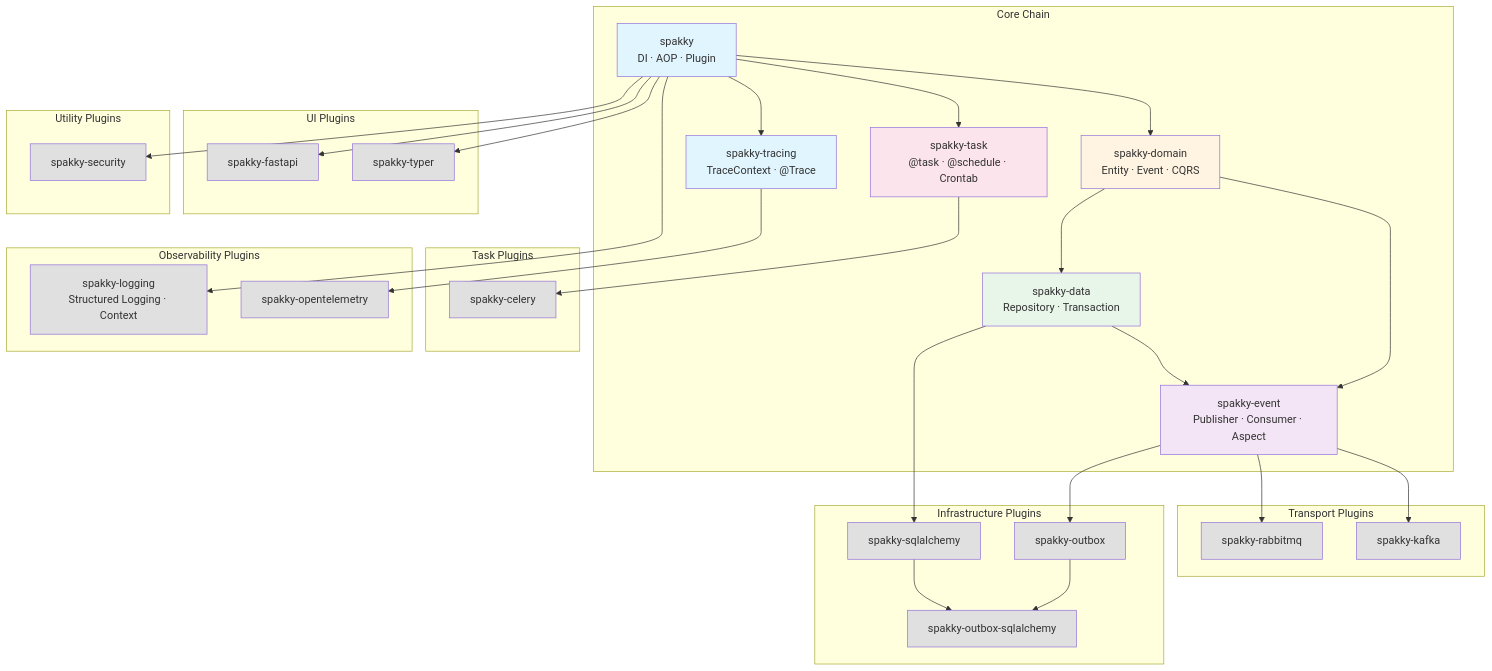
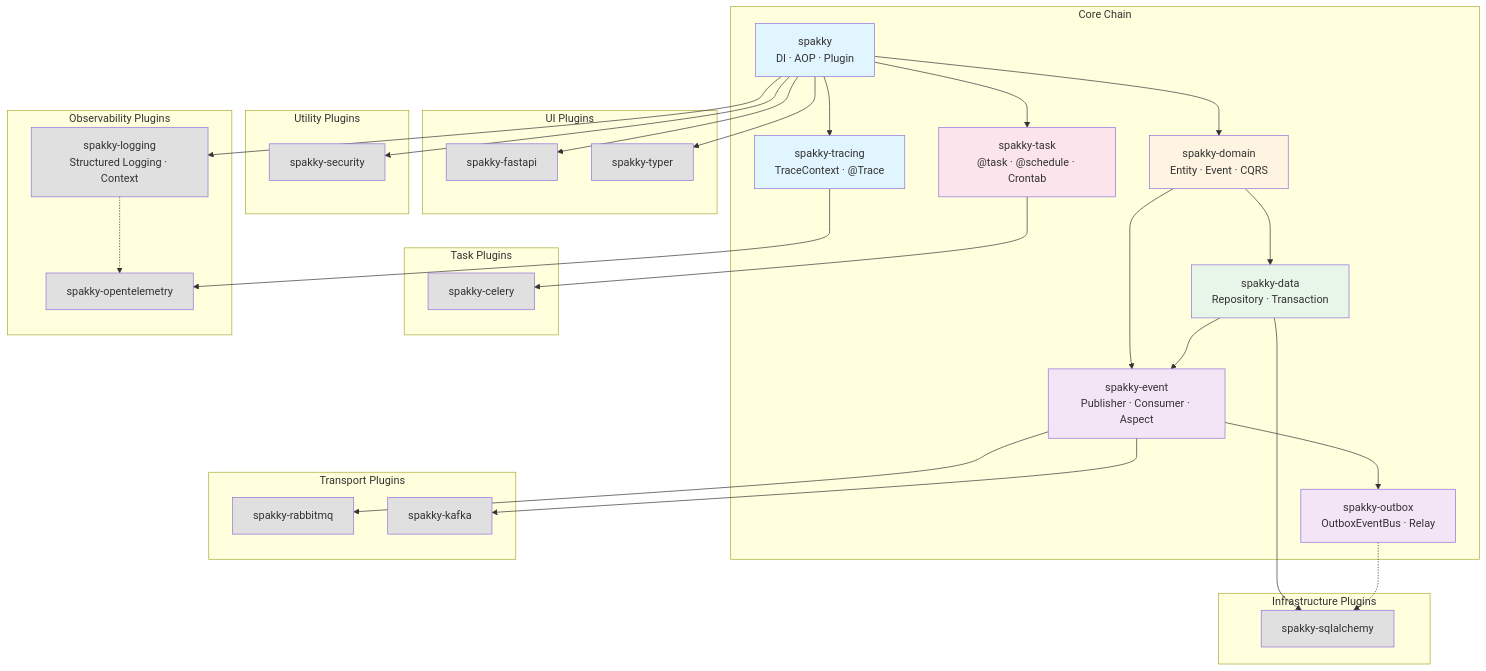
One commit to E5presso/spakky-framework changed the first of 2 diagrams in ARCHITECTURE.md. Above: the diagram before and after it, drawn with Mermaid. The commit also changed other lines of this file and 88 other files, not shown here.

First line of the commit message:
refactor: merge outbox-sqlalchemy into sqlalchemy, promote outbox to core

````diff
--- a/ARCHITECTURE.md
+++ b/ARCHITECTURE.md
@@ -53,82 +52,80 @@
 ```mermaid
 graph TB
     subgraph "Core Chain"
         core[spakky<br/>DI · AOP · Plugin]
         tracing_pkg[spakky-tracing<br/>TraceContext · @Trace]
         domain[spakky-domain<br/>Entity · Event · CQRS]
         data[spakky-data<br/>Repository · Transaction]
         event[spakky-event<br/>Publisher · Consumer · Aspect]
+        outbox[spakky-outbox<br/>OutboxEventBus · Relay]
         task_pkg["spakky-task<br/>@task · @schedule · Crontab"]
     end
 
     subgraph "UI Plugins"
         fastapi[spakky-fastapi]
         typer[spakky-typer]
     end
 
     subgraph "Utility Plugins"
         security[spakky-security]
     end
 
     subgraph "Transport Plugins"
         rabbitmq[spakky-rabbitmq]
         kafka[spakky-kafka]
     end
 
     subgraph "Infrastructure Plugins"
         sqlalchemy[spakky-sqlalchemy]
-        outbox[spakky-outbox]
-        outbox_sa[spakky-outbox-sqlalchemy]
     end
 
     subgraph "Task Plugins"
         celery_plugin[spakky-celery]
     end
 
     subgraph "Observability Plugins"
         logging_pkg[spakky-logging<br/>Structured Logging · Context]
         opentelemetry[spakky-opentelemetry]
     end
 
     core --> logging_pkg
     core --> tracing_pkg
     core --> domain
     domain --> data
     domain --> event
     data --> event
+    event --> outbox
     core --> task_pkg
 
     core --> fastapi
     core --> typer
     core --> security
 
     event --> rabbitmq
     event --> kafka
-    event --> outbox
 
     task_pkg --> celery_plugin
 
     tracing_pkg --> opentelemetry
+    logging_pkg -.-> opentelemetry
 
     data --> sqlalchemy
-    outbox --> outbox_sa
-    sqlalchemy --> outbox_sa
+    outbox -.-> sqlalchemy
 
     style core fill:#e1f5ff
     style logging_pkg fill:#e0e0e0
     style domain fill:#fff4e1
     style data fill:#e8f5e9
     style event fill:#f3e5f5
+    style outbox fill:#f3e5f5
     style task_pkg fill:#fce4ec
     style fastapi fill:#e0e0e0
     style typer fill:#e0e0e0
     style security fill:#e0e0e0
     style rabbitmq fill:#e0e0e0
     style kafka fill:#e0e0e0
     style sqlalchemy fill:#e0e0e0
-    style outbox fill:#e0e0e0
-    style outbox_sa fill:#e0e0e0
     style tracing_pkg fill:#e1f5ff
     style celery_plugin fill:#e0e0e0
     style opentelemetry fill:#e0e0e0
 ```
````
